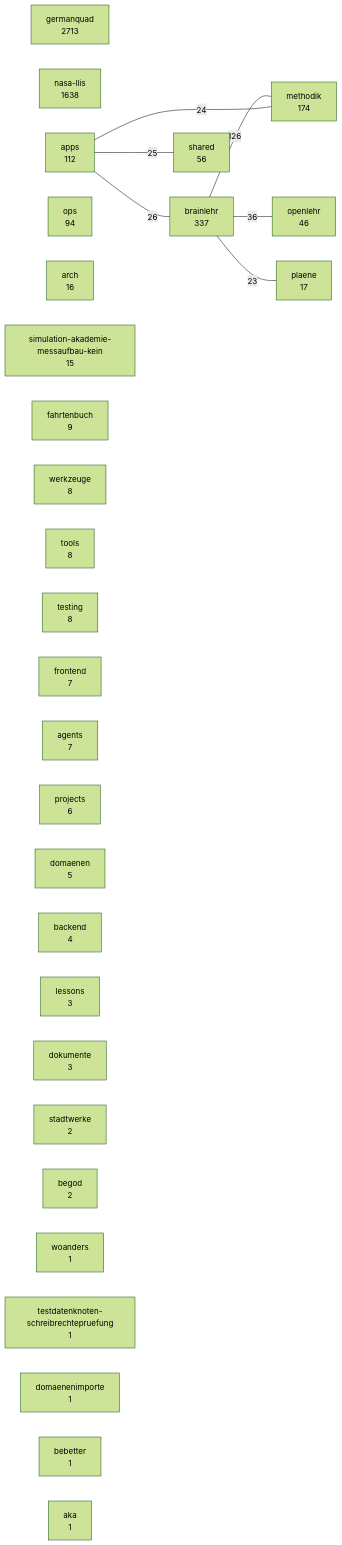
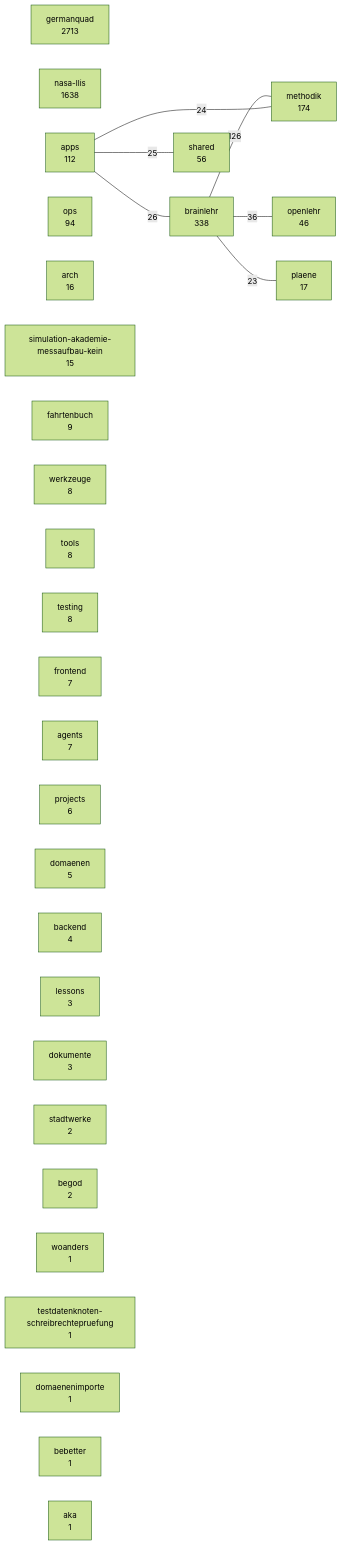
The diagram in docs/karten/bestand.md (3lehr/brainlehr), drawn with Mermaid (forest theme) before and after one commit. The commit also changed 25 other files, not shown here.

````diff
--- a/docs/karten/bestand.md
+++ b/docs/karten/bestand.md
@@ -5,38 +5,38 @@
 ```mermaid
 graph LR
   germanquad["germanquad<br/>2713"]
   nasa_llis["nasa-llis<br/>1638"]
-  brainlehr["brainlehr<br/>337"]
+  brainlehr["brainlehr<br/>338"]
   methodik["methodik<br/>174"]
   apps["apps<br/>112"]
   ops["ops<br/>94"]
   shared["shared<br/>56"]
   openlehr["openlehr<br/>46"]
   plaene["plaene<br/>17"]
   arch["arch<br/>16"]
   simulation_akademie_messaufbau_kein["simulation-akademie-messaufbau-kein<br/>15"]
   fahrtenbuch["fahrtenbuch<br/>9"]
   werkzeuge["werkzeuge<br/>8"]
   tools["tools<br/>8"]
   testing["testing<br/>8"]
   frontend["frontend<br/>7"]
   agents["agents<br/>7"]
   projects["projects<br/>6"]
   domaenen["domaenen<br/>5"]
   backend["backend<br/>4"]
   lessons["lessons<br/>3"]
   dokumente["dokumente<br/>3"]
   stadtwerke["stadtwerke<br/>2"]
   begod["begod<br/>2"]
   woanders["woanders<br/>1"]
   testdatenknoten_schreibrechtepruefung["testdatenknoten-schreibrechtepruefung<br/>1"]
   domaenenimporte["domaenenimporte<br/>1"]
   bebetter["bebetter<br/>1"]
   aka["aka<br/>1"]
   brainlehr ---|126| methodik
   brainlehr ---|36| openlehr
   apps ---|26| brainlehr
   apps ---|25| shared
   apps ---|24| methodik
   brainlehr ---|23| plaene
 ```
````
